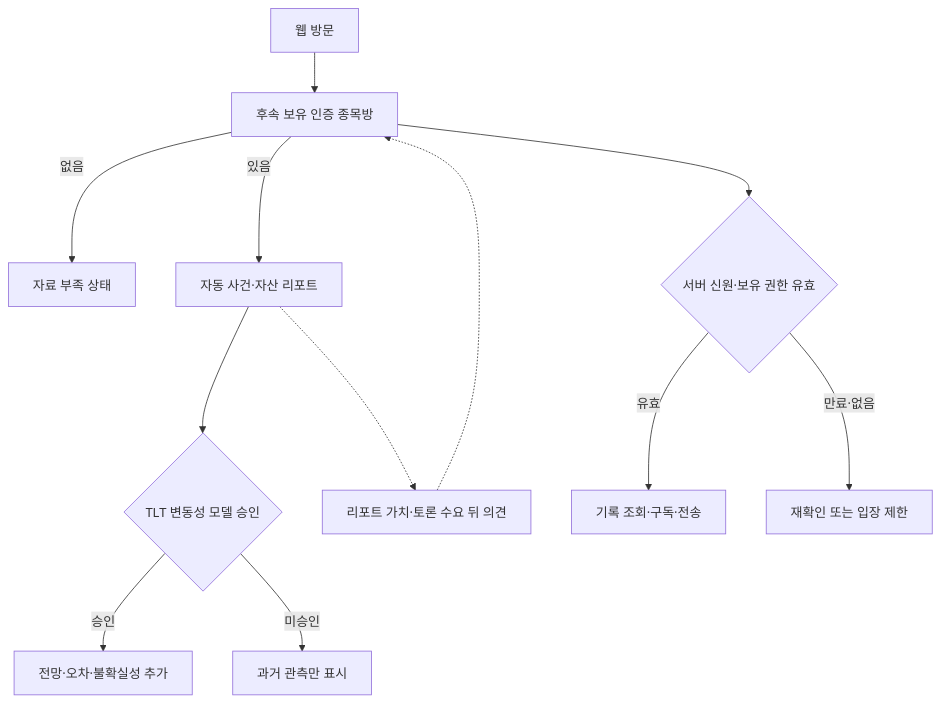
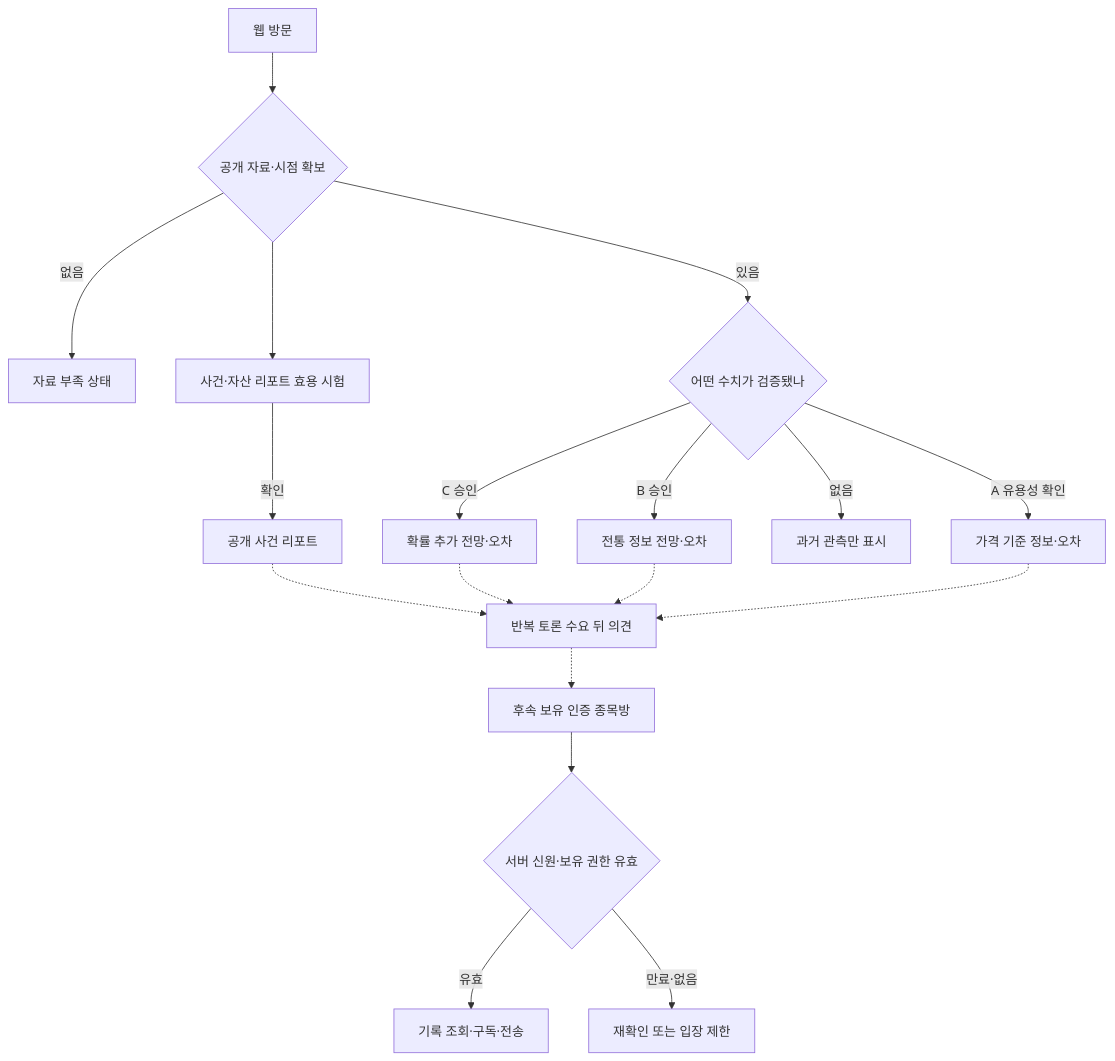
One commit to AnDev77/ShockGarph_AI changed the second of 2 diagrams in docs/project-flow.md. Above: the diagram before and after it, drawn with Mermaid. The commit also changed other lines of this file and 8 other files, not shown here.

````diff
--- a/docs/project-flow.md
+++ b/docs/project-flow.md
@@ -55,14 +56,20 @@
 ```mermaid
 flowchart TB
     U["웹 방문"] --> G{"공개 자료·시점 확보"}
     G -->|없음| Z["자료 부족 상태"]
-    G -->|있음| H["자동 사건·자산 리포트"]
-    H --> Q{"TLT 변동성 모델 승인"}
-    Q -->|승인| C["전망·오차·불확실성 추가"]
-    Q -->|미승인| X["과거 관측만 표시"]
-    H -.-> D["리포트 가치·토론 수요 뒤 의견"]
-    D -.-> G["후속 보유 인증 종목방"]
-    G --> V{"서버 신원·보유 권한 유효"}
+    G -->|있음| Q{"어떤 수치가 검증됐나"}
+    Q -->|"C 승인"| C["확률 추가 전망·오차"]
+    Q -->|"B 승인"| B["전통 정보 전망·오차"]
+    Q -->|"A 유용성 확인"| A["가격 기준 정보·오차"]
+    Q -->|"없음"| X["과거 관측만 표시"]
+    G --> H["사건·자산 리포트 효용 시험"]
+    H -->|확인| L["공개 사건 리포트"]
+    L -.-> D["반복 토론 수요 뒤 의견"]
+    C -.-> D
+    B -.-> D
+    A -.-> D
+    D -.-> W["후속 보유 인증 종목방"]
+    W --> V{"서버 신원·보유 권한 유효"}
     V -->|유효| R["기록 조회·구독·전송"]
     V -->|만료·없음| F["재확인 또는 입장 제한"]
 ```
````
